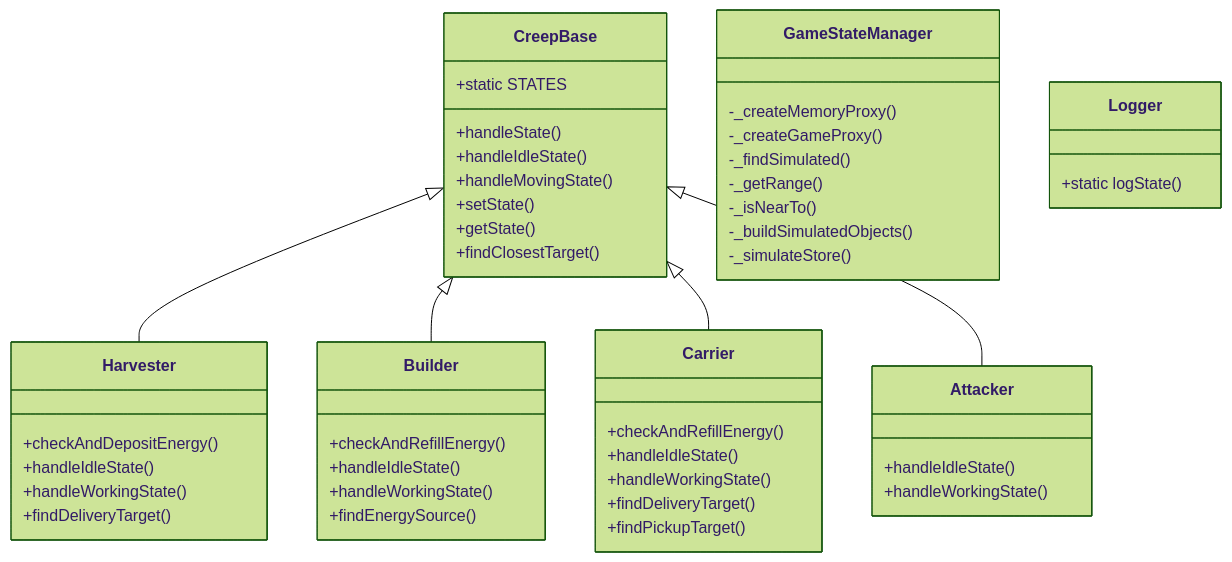
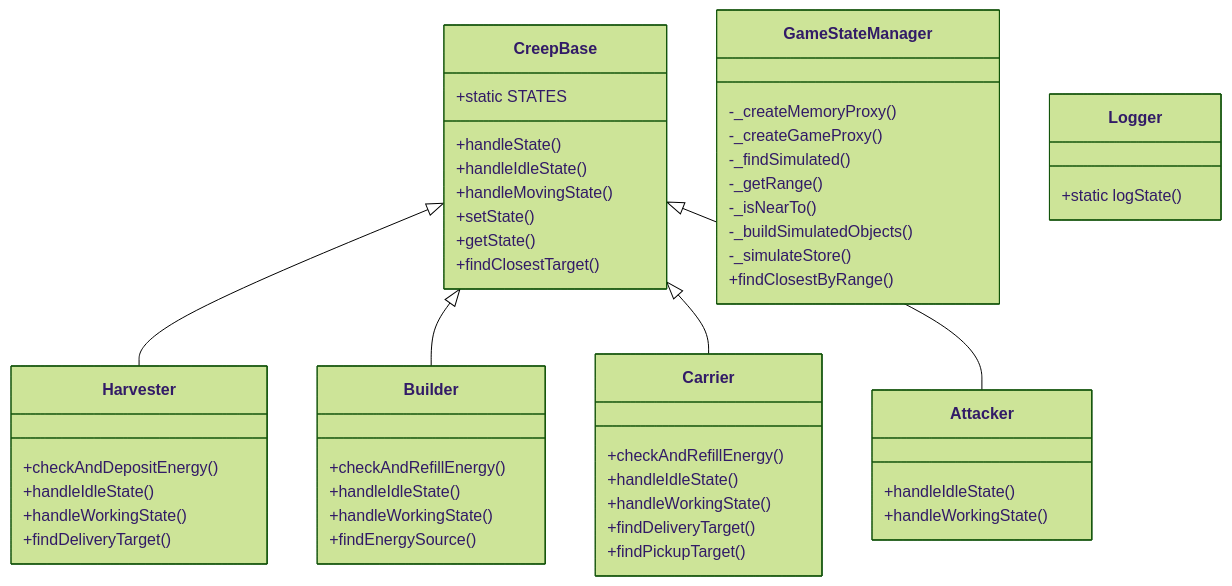
One commit to ekolvah/screeps changed the diagram in architecture.md. Above: the diagram before and after it, drawn with Mermaid (forest theme). The commit also changed other lines of this file, not shown here.

Commit message:
docs: update architecture documentation [skip ci]

````diff
--- a/architecture.md
+++ b/architecture.md
@@ -9,51 +9,52 @@
 ```mermaid
 classDiagram
     CreepBase <|-- Harvester
     CreepBase <|-- Builder
     CreepBase <|-- Carrier
     CreepBase <|-- Attacker
     class GameStateManager {
         -_createMemoryProxy()
         -_createGameProxy()
         -_findSimulated()
         -_getRange()
         -_isNearTo()
         -_buildSimulatedObjects()
         -_simulateStore()
+        +findClosestByRange()
     }
     class CreepBase {
         +static STATES
         +handleState()
         +handleIdleState()
         +handleMovingState()
         +setState()
         +getState()
         +findClosestTarget()
     }
     class Harvester {
         +checkAndDepositEnergy()
         +handleIdleState()
         +handleWorkingState()
         +findDeliveryTarget()
     }
     class Builder {
         +checkAndRefillEnergy()
         +handleIdleState()
         +handleWorkingState()
         +findEnergySource()
     }
     class Carrier {
         +checkAndRefillEnergy()
         +handleIdleState()
         +handleWorkingState()
         +findDeliveryTarget()
         +findPickupTarget()
     }
     class Attacker {
         +handleIdleState()
         +handleWorkingState()
     }
     class Logger {
         +static logState()
     }
 ```
````
